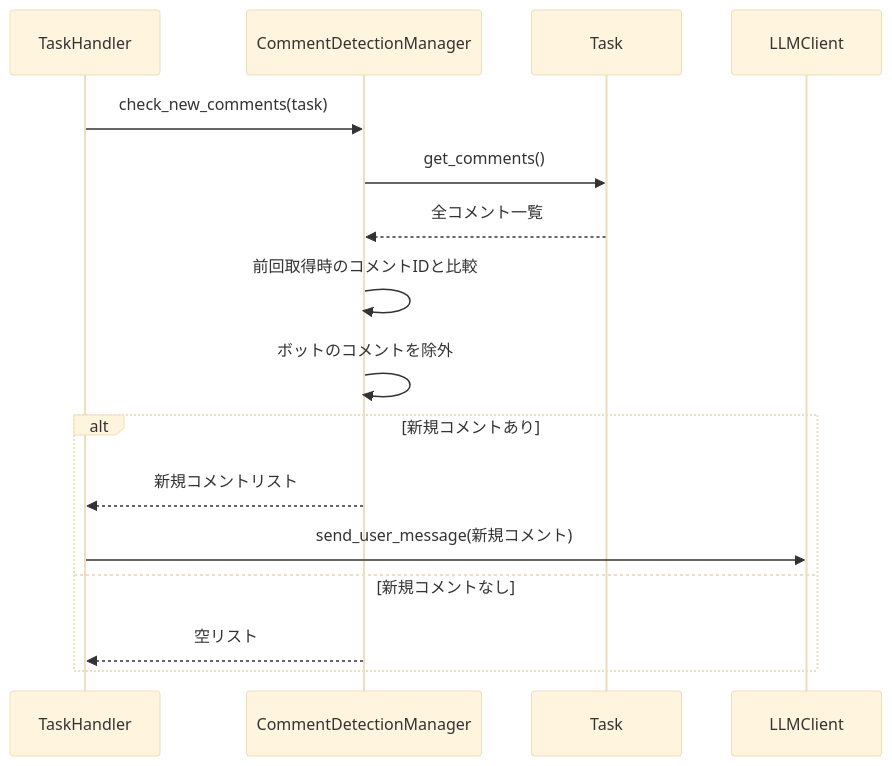
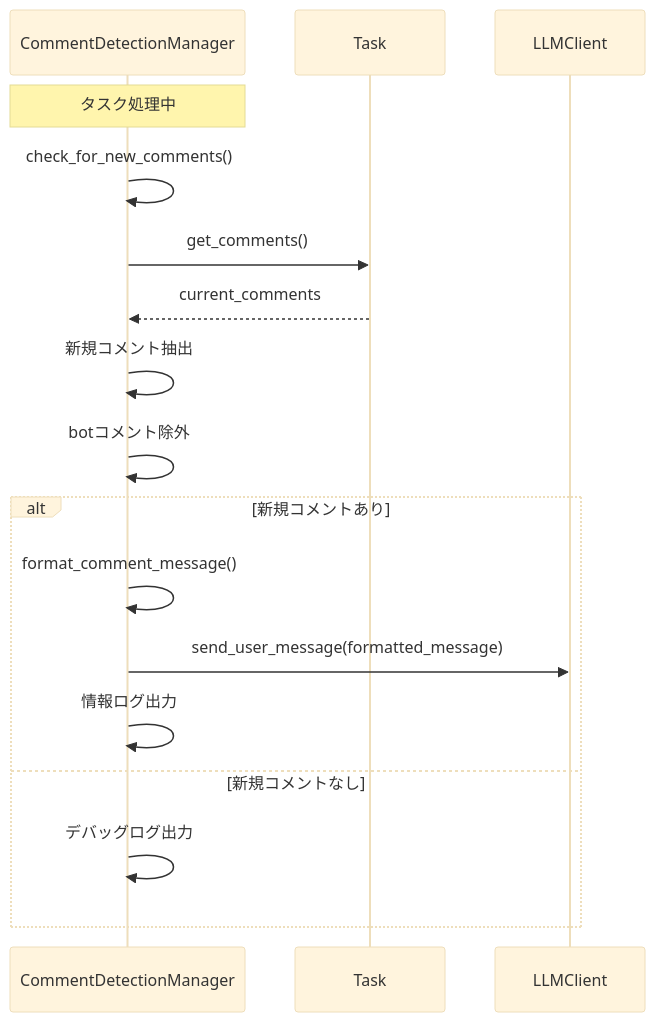
The fourth of 4 diagrams in docs/spec/COMMENT_DETECTION_SPECIFICATION.md (notfolder/coding_agent), drawn with Mermaid (base theme) before and after one commit. The commit also changed other lines of this file and 19 other files, not shown here.

````diff
--- a/docs/spec/COMMENT_DETECTION_SPECIFICATION.md
+++ b/docs/spec/COMMENT_DETECTION_SPECIFICATION.md
@@ -47,19 +363,22 @@
 ```mermaid
 sequenceDiagram
-    participant TH as TaskHandler
     participant CDM as CommentDetectionManager
     participant Task as Task
     participant LLM as LLMClient
-
-    TH->>CDM: check_new_comments(task)
+    
+    Note over CDM: タスク処理中
+    CDM->>CDM: check_for_new_comments()
     CDM->>Task: get_comments()
-    Task-->>CDM: 全コメント一覧
-    CDM->>CDM: 前回取得時のコメントIDと比較
-    CDM->>CDM: ボットのコメントを除外
+    Task-->>CDM: current_comments
+    
+    CDM->>CDM: 新規コメント抽出
+    CDM->>CDM: botコメント除外
+    
     alt 新規コメントあり
-        CDM-->>TH: 新規コメントリスト
-        TH->>LLM: send_user_message(新規コメント)
+        CDM->>CDM: format_comment_message()
+        CDM->>LLM: send_user_message(formatted_message)
+        CDM->>CDM: 情報ログ出力
     else 新規コメントなし
-        CDM-->>TH: 空リスト
+        CDM->>CDM: デバッグログ出力
     end
 ```
````
